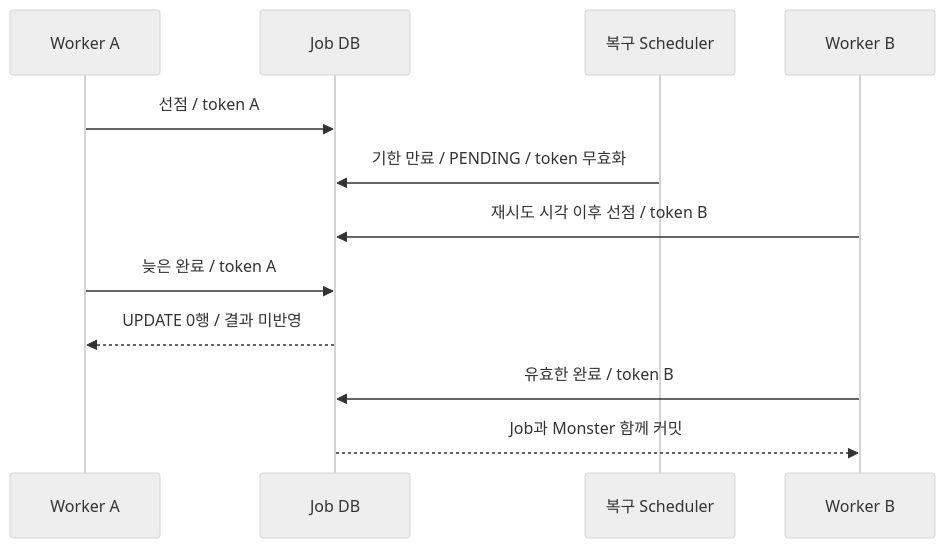
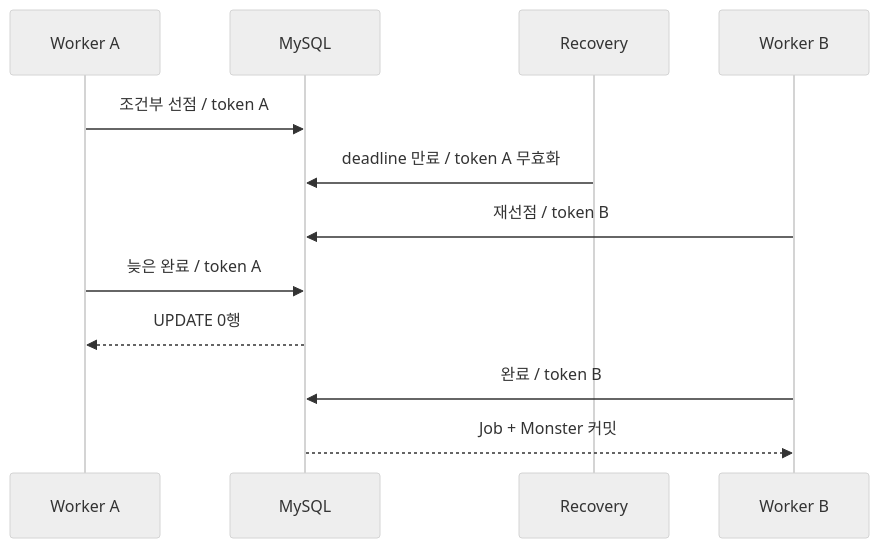
One commit to kangrae-jo/woowa-archive changed the third of 3 diagrams in technical-writing/04-reliability-hardening/README.md. Above: the diagram before and after it, drawn with Mermaid (neutral theme). The commit also changed other lines of this file and 4 other files, not shown here.

````diff
--- a/technical-writing/04-reliability-hardening/README.md
+++ b/technical-writing/04-reliability-hardening/README.md
@@ -87,14 +129,14 @@
 ```mermaid
 sequenceDiagram
     participant A as Worker A
-    participant Q as Job DB
-    participant R as 복구 Scheduler
+    participant DB as MySQL
+    participant R as Recovery
     participant B as Worker B
-    A->>Q: 선점 / token A
-    R->>Q: 기한 만료 / PENDING / token 무효화
-    B->>Q: 재시도 시각 이후 선점 / token B
-    A->>Q: 늦은 완료 / token A
-    Q-->>A: UPDATE 0행 / 결과 미반영
-    B->>Q: 유효한 완료 / token B
-    Q-->>B: Job과 Monster 함께 커밋
+    A->>DB: 조건부 선점 / token A
+    R->>DB: deadline 만료 / token A 무효화
+    B->>DB: 재선점 / token B
+    A->>DB: 늦은 완료 / token A
+    DB-->>A: UPDATE 0행
+    B->>DB: 완료 / token B
+    DB-->>B: Job + Monster 커밋
 ```
````
